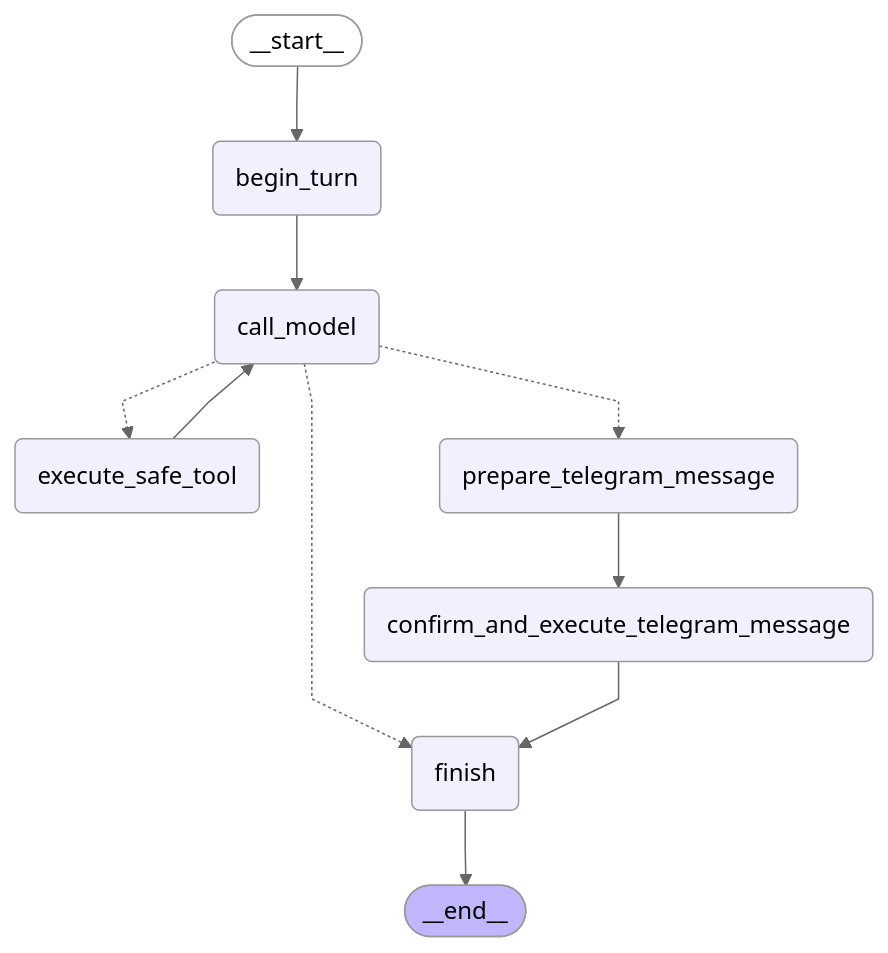
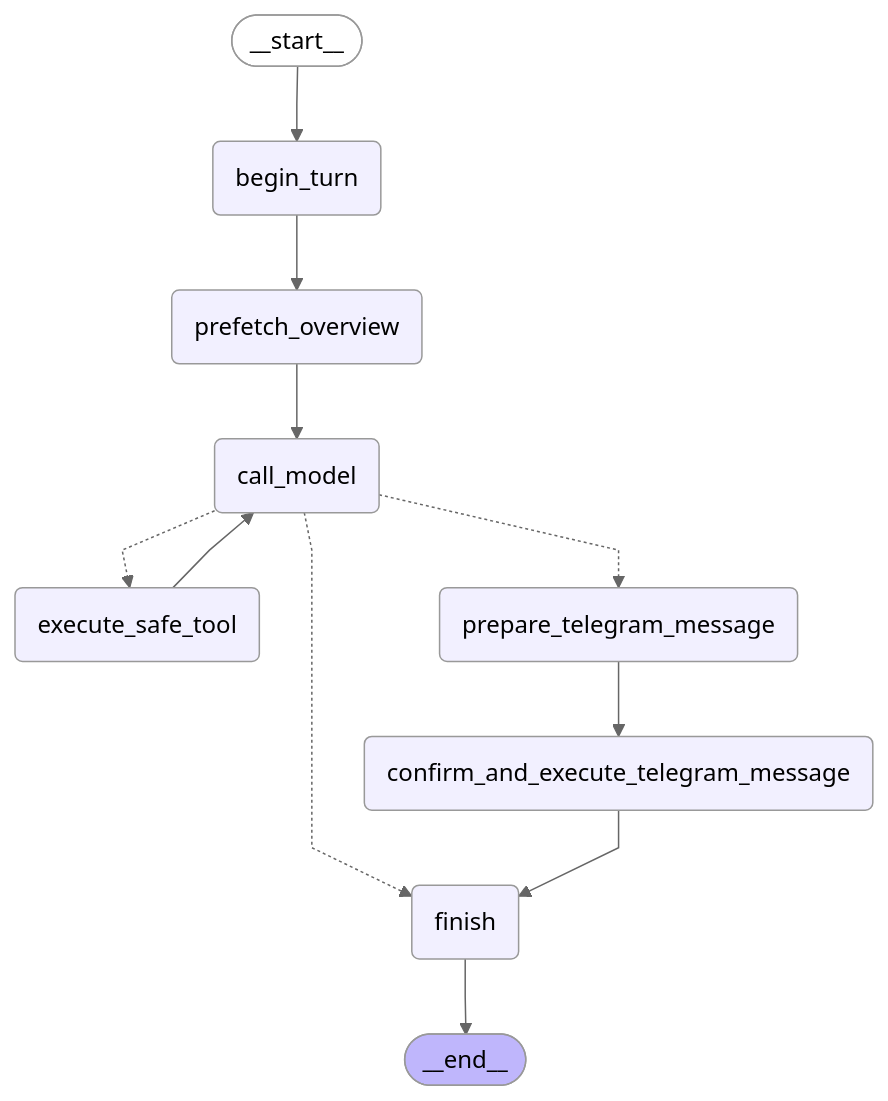
One commit to skoroko/Support_Copilot changed the diagram in docs/final-agent-graph.mmd. Above: the diagram before and after it, drawn with Mermaid (neutral theme). The commit also changed 31 other files, not shown here.

```diff
--- a/docs/final-agent-graph.mmd
+++ b/docs/final-agent-graph.mmd
@@ -1,26 +1,28 @@
 ---
 config:
   flowchart:
     curve: linear
 ---
 graph TD;
 	__start__([<p>__start__</p>]):::first
 	begin_turn(begin_turn)
+	prefetch_overview(prefetch_overview)
 	call_model(call_model)
 	execute_safe_tool(execute_safe_tool)
 	prepare_telegram_message(prepare_telegram_message)
 	confirm_and_execute_telegram_message(confirm_and_execute_telegram_message)
 	finish(finish)
 	__end__([<p>__end__</p>]):::last
 	__start__ --> begin_turn;
-	begin_turn --> call_model;
+	begin_turn --> prefetch_overview;
 	call_model -.-> execute_safe_tool;
 	call_model -.-> finish;
 	call_model -.-> prepare_telegram_message;
 	confirm_and_execute_telegram_message --> finish;
 	execute_safe_tool --> call_model;
+	prefetch_overview --> call_model;
 	prepare_telegram_message --> confirm_and_execute_telegram_message;
 	finish --> __end__;
 	classDef default fill:#f2f0ff,line-height:1.2
 	classDef first fill-opacity:0
 	classDef last fill:#bfb6fc
```
